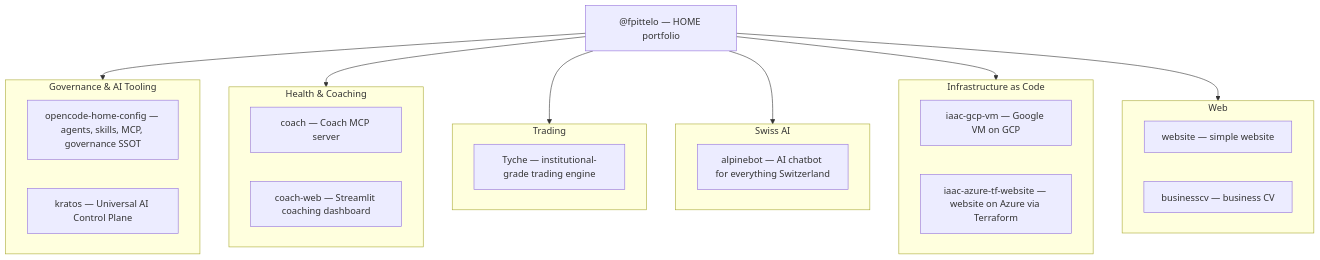
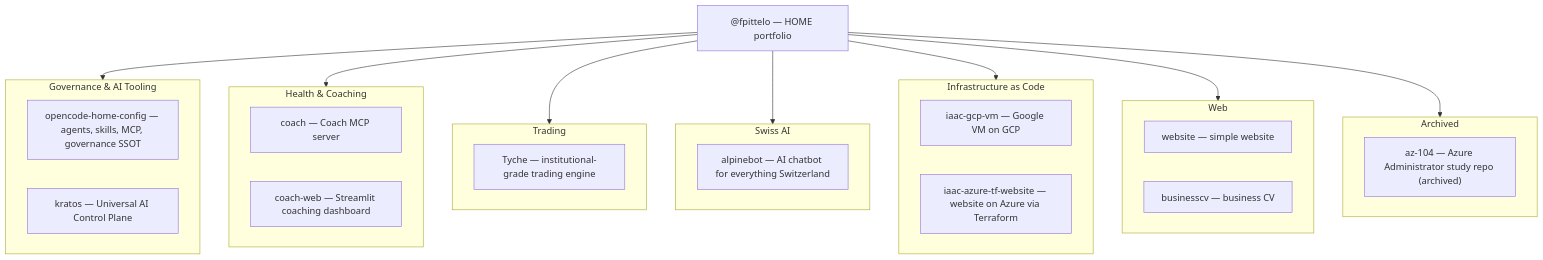
The diagram in README.md (fpittelo/fpittelo), drawn with Mermaid before and after one commit.

Commit message:
docs: add az-104 to portfolio mermaid map (review F1, #191)

````diff
--- a/README.md
+++ b/README.md
@@ -7,34 +7,38 @@
 ```mermaid
 flowchart TD
     fpittelo["@fpittelo — HOME portfolio"]
 
     subgraph Governance["Governance & AI Tooling"]
         homeconfig["opencode-home-config — agents, skills, MCP, governance SSOT"]
         kratos["kratos — Universal AI Control Plane"]
     end
 
     subgraph Health["Health & Coaching"]
         coach["coach — Coach MCP server"]
         coachweb["coach-web — Streamlit coaching dashboard"]
     end
 
     subgraph Trading["Trading"]
         tyche["Tyche — institutional-grade trading engine"]
     end
 
     subgraph SwissAI["Swiss AI"]
         alpinebot["alpinebot — AI chatbot for everything Switzerland"]
     end
 
     subgraph IaC["Infrastructure as Code"]
         gcpvm["iaac-gcp-vm — Google VM on GCP"]
         azureweb["iaac-azure-tf-website — website on Azure via Terraform"]
     end
 
     subgraph Web["Web"]
         website["website — simple website"]
         businesscv["businesscv — business CV"]
     end
 
-    fpittelo --> Governance & Health & Trading & SwissAI & IaC & Web
+    subgraph Archived["Archived"]
+        az104["az-104 — Azure Administrator study repo (archived)"]
+    end
+
+    fpittelo --> Governance & Health & Trading & SwissAI & IaC & Web & Archived
 ```
````
